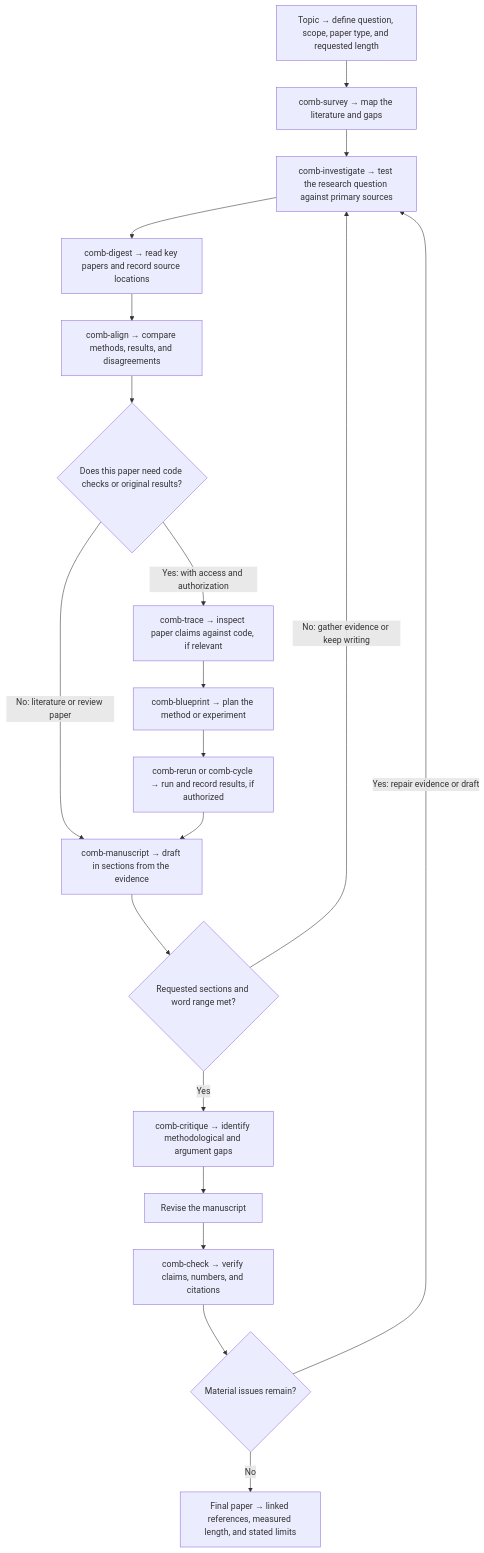
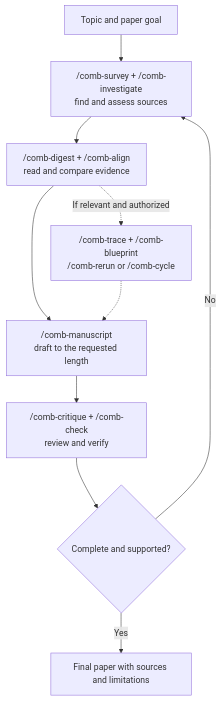
The diagram in README.md (diaznakh/ResearchComb), drawn with Mermaid before and after one commit. The commit also changed other lines of this file, not shown here.

Commit message:
Shorten workflow flowchart and label commands

````diff
--- a/README.md
+++ b/README.md
@@ -137,21 +137,12 @@
 ```mermaid
 flowchart TD
-    A["Topic → define question, scope, paper type, and requested length"] --> B["comb-survey → map the literature and gaps"]
-    B --> C["comb-investigate → test the research question against primary sources"]
-    C --> D["comb-digest → read key papers and record source locations"]
-    D --> E["comb-align → compare methods, results, and disagreements"]
-    E --> F{"Does this paper need code checks or original results?"}
-    F -- "No: literature or review paper" --> J["comb-manuscript → draft in sections from the evidence"]
-    F -- "Yes: with access and authorization" --> G["comb-trace → inspect paper claims against code, if relevant"]
-    G --> H["comb-blueprint → plan the method or experiment"]
-    H --> I["comb-rerun or comb-cycle → run and record results, if authorized"]
-    I --> J
-    J --> K{"Requested sections and word range met?"}
-    K -- "No: gather evidence or keep writing" --> C
-    K -- Yes --> L["comb-critique → identify methodological and argument gaps"]
-    L --> M["Revise the manuscript"]
-    M --> N["comb-check → verify claims, numbers, and citations"]
-    N --> O{"Material issues remain?"}
-    O -- "Yes: repair evidence or draft" --> C
-    O -- No --> P["Final paper → linked references, measured length, and stated limits"]
+    A["Topic and paper goal"] --> B["/comb-survey + /comb-investigate<br/>find and assess sources"]
+    B --> C["/comb-digest + /comb-align<br/>read and compare evidence"]
+    C --> D["/comb-manuscript<br/>draft to the requested length"]
+    D --> E["/comb-critique + /comb-check<br/>review and verify"]
+    E --> F{"Complete and supported?"}
+    F -- No --> B
+    F -- Yes --> G["Final paper with sources and limitations"]
+    C -. "If relevant and authorized" .-> H["/comb-trace + /comb-blueprint<br/>/comb-rerun or /comb-cycle"]
+    H -.-> D
 ```
````
